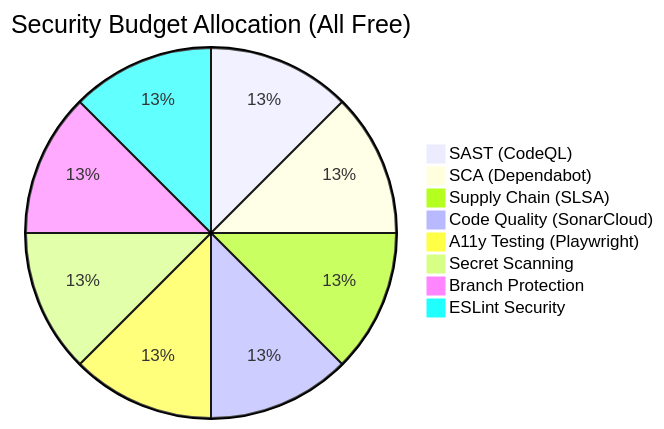
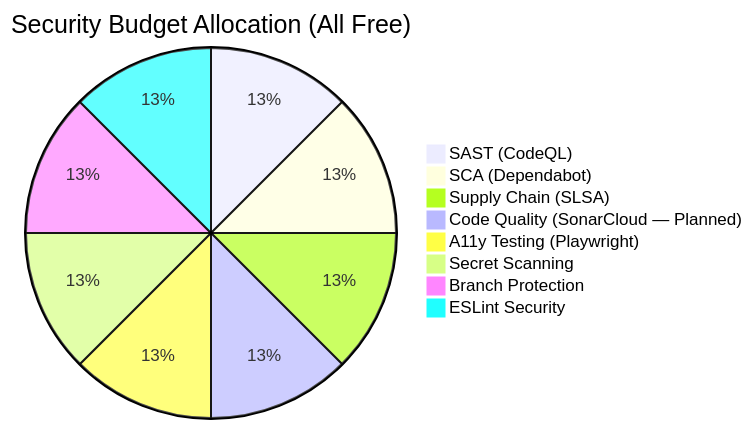
The fourth of 4 diagrams in FinancialSecurityPlan.md (Hack23/euparliamentmonitor), drawn with Mermaid before and after one commit. The commit also changed other lines of this file and 2 other files, not shown here.

First line of the commit message:
Apply review feedback round 4: EOL stack AWS entries, RTO consistency, manual failover procedure, timeline alignment, SonarCloud planned status

````diff
--- a/FinancialSecurityPlan.md
+++ b/FinancialSecurityPlan.md
@@ -244,11 +244,11 @@
 ```mermaid
 pie title Security Budget Allocation (All Free)
     "SAST (CodeQL)" : 1
     "SCA (Dependabot)" : 1
     "Supply Chain (SLSA)" : 1
-    "Code Quality (SonarCloud)" : 1
+    "Code Quality (SonarCloud — Planned)" : 1
     "A11y Testing (Playwright)" : 1
     "Secret Scanning" : 1
     "Branch Protection" : 1
     "ESLint Security" : 1
 ```
````
